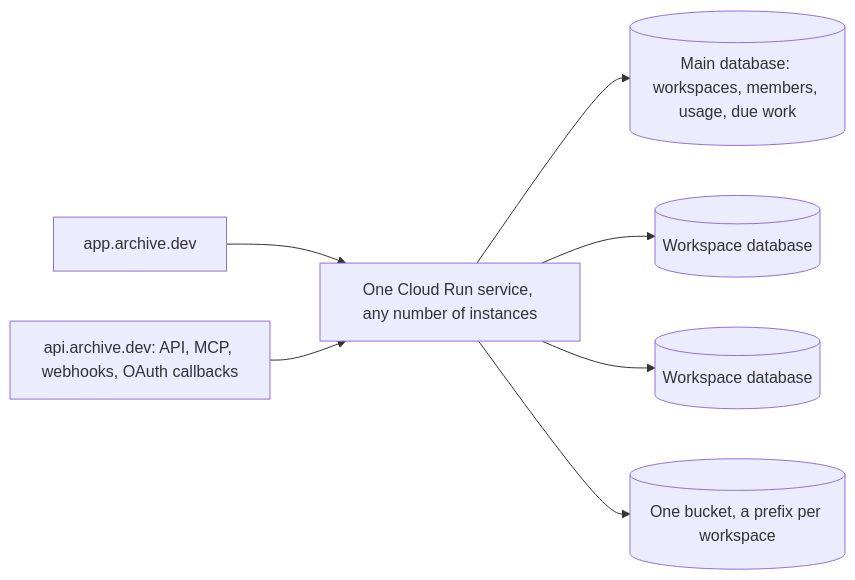
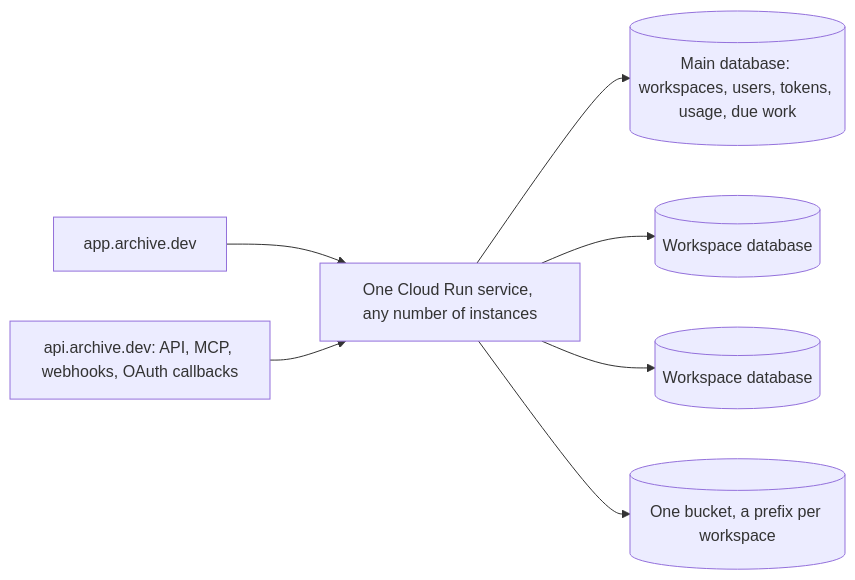
Before and after one commit to Mulholland-Inc/archive: the diagram in docs/adr/0003-hosting.md, drawn with Mermaid. The commit also changed other lines of this file and 20 other files, not shown here.

First line of the commit message:
One identity per person and a database per workspace with its own login, so isolation works on Cloud SQL without a superuser (#103)

````diff
--- a/docs/adr/0003-hosting.md
+++ b/docs/adr/0003-hosting.md
@@ -13,9 +13,9 @@
 ```mermaid
 flowchart LR
   Browser[app.archive.dev] --> Run
   Clients[api.archive.dev: API, MCP, webhooks, OAuth callbacks] --> Run
-  Run[One Cloud Run service, any number of instances] --> Main[(Main database: workspaces, members, usage, due work)]
+  Run[One Cloud Run service, any number of instances] --> Main[(Main database: workspaces, users, tokens, usage, due work)]
   Run --> W1[(Workspace database)]
   Run --> W2[(Workspace database)]
   Run --> Blobs[(One bucket, a prefix per workspace)]
 ```
````
